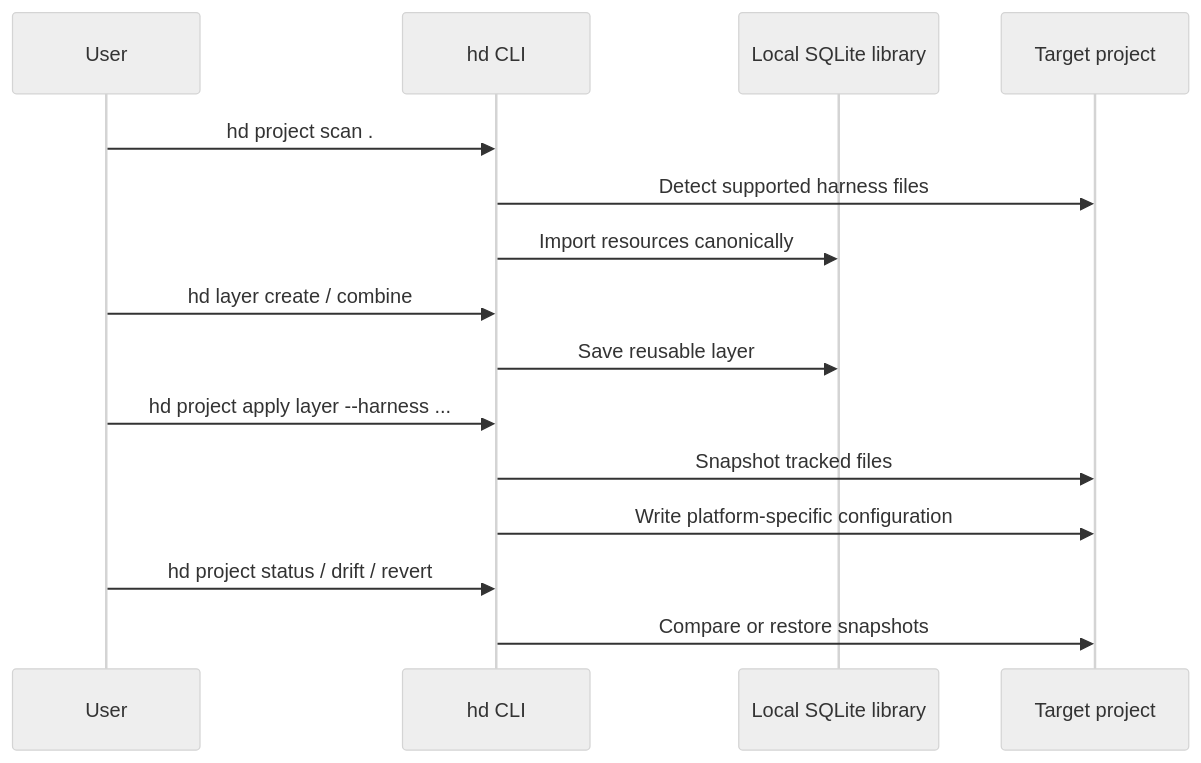
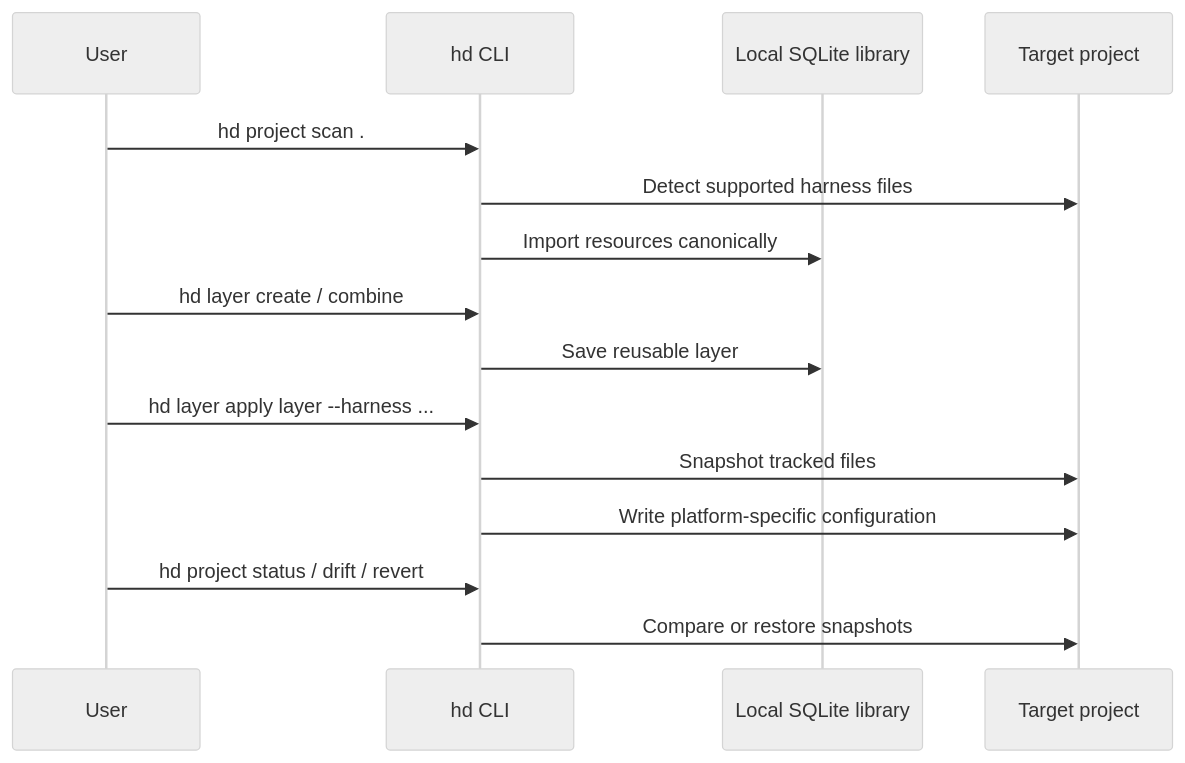
Before and after one commit to harnesstap/harnesstap: the second of 3 diagrams in README.md, drawn with Mermaid (neutral theme). The commit also changed other lines of this file and 79 other files, not shown here.

````diff
--- a/README.md
+++ b/README.md
@@ -252,18 +250,18 @@
 ```mermaid
 sequenceDiagram
   participant User
   participant CLI as hd CLI
   participant DB as Local SQLite library
   participant Project as Target project
 
   User->>CLI: hd project scan .
   CLI->>Project: Detect supported harness files
   CLI->>DB: Import resources canonically
   User->>CLI: hd layer create / combine
   CLI->>DB: Save reusable layer
-  User->>CLI: hd project apply layer --harness ...
+  User->>CLI: hd layer apply layer --harness ...
   CLI->>Project: Snapshot tracked files
   CLI->>Project: Write platform-specific configuration
   User->>CLI: hd project status / drift / revert
   CLI->>Project: Compare or restore snapshots
 ```
````
